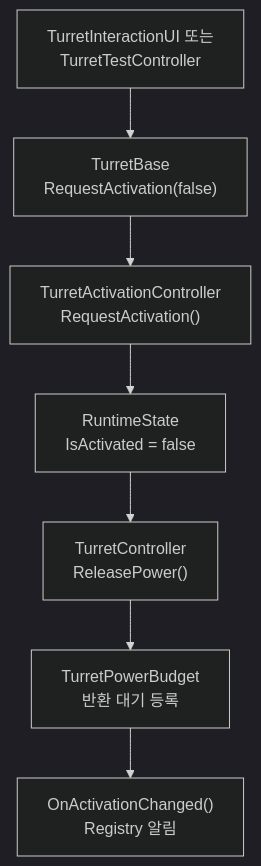
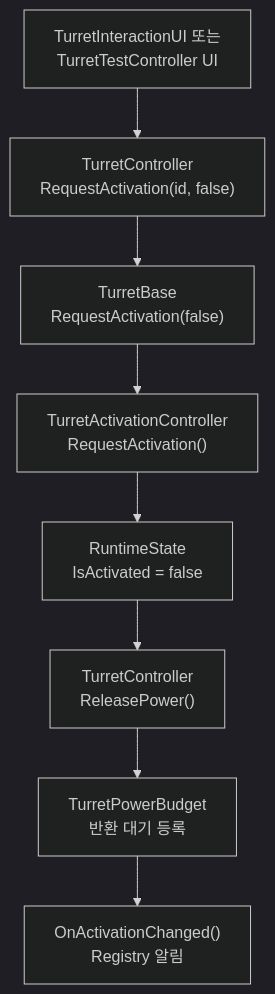
The sixth of 16 diagrams in docs/projects/the-developer/turret/runtime-flows.md (Team-HJD-21/team-hjd-docs), drawn with Mermaid (dark theme) before and after one commit. The commit also changed other lines of this file and 3 other files, not shown here.

````diff
--- a/docs/projects/the-developer/turret/runtime-flows.md
+++ b/docs/projects/the-developer/turret/runtime-flows.md
@@ -337,9 +338,10 @@
 ```mermaid
 flowchart TD
-    Request["TurretInteractionUI 또는<br>TurretTestController"] --> Base["TurretBase<br>RequestActivation(false)"]
+    Request["TurretInteractionUI 또는<br>TurretTestController UI"] --> TurretController["TurretController<br>RequestActivation(id, false)"]
+    TurretController --> Base["TurretBase<br>RequestActivation(false)"]
     Base --> Controller["TurretActivationController<br>RequestActivation()"]
     Controller --> Off["RuntimeState<br>IsActivated = false"]
     Off --> Source["TurretController<br>ReleasePower()"]
     Source --> Release["TurretPowerBudget<br>반환 대기 등록"]
     Release --> Notify["OnActivationChanged()<br>Registry 알림"]
 ```
````
